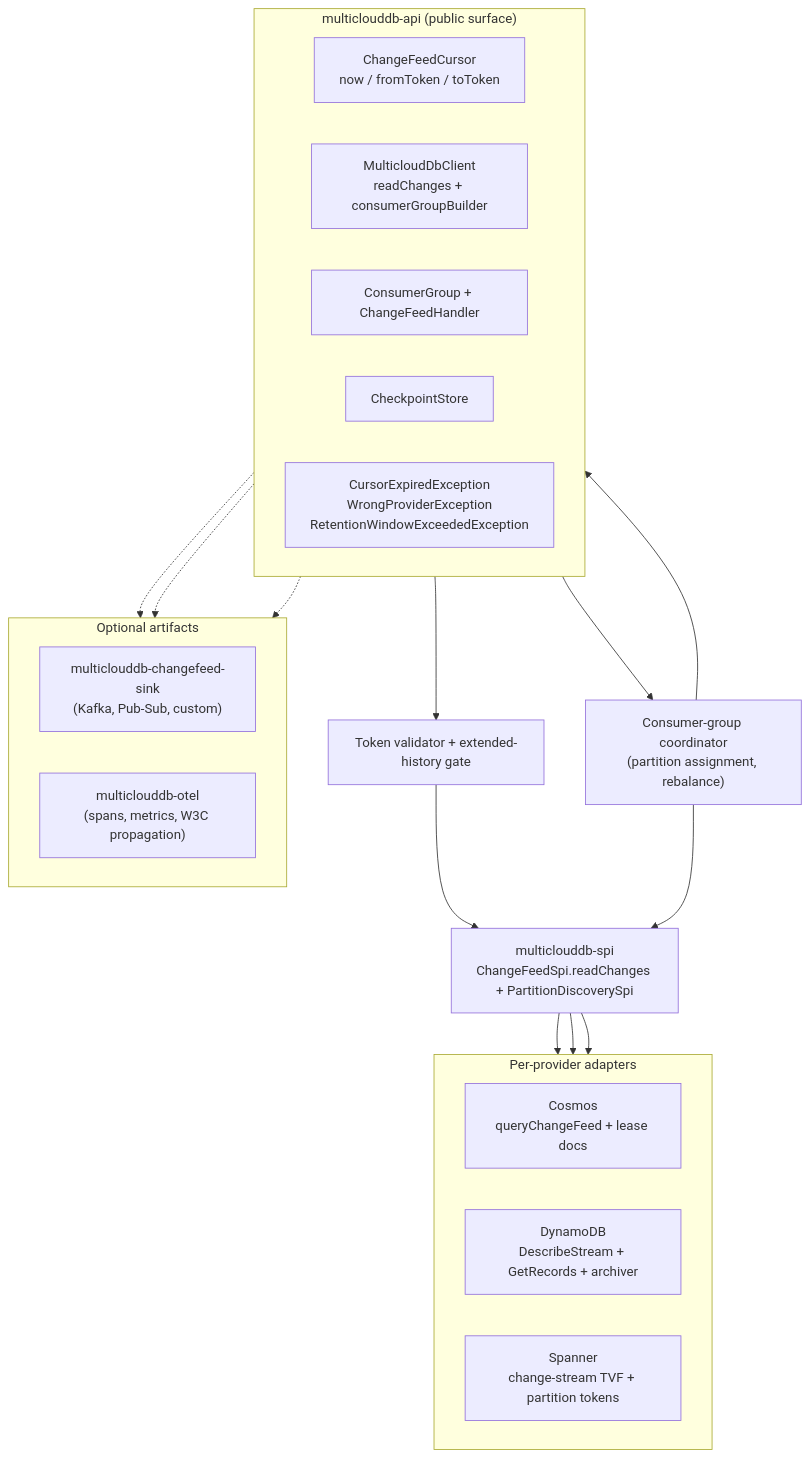
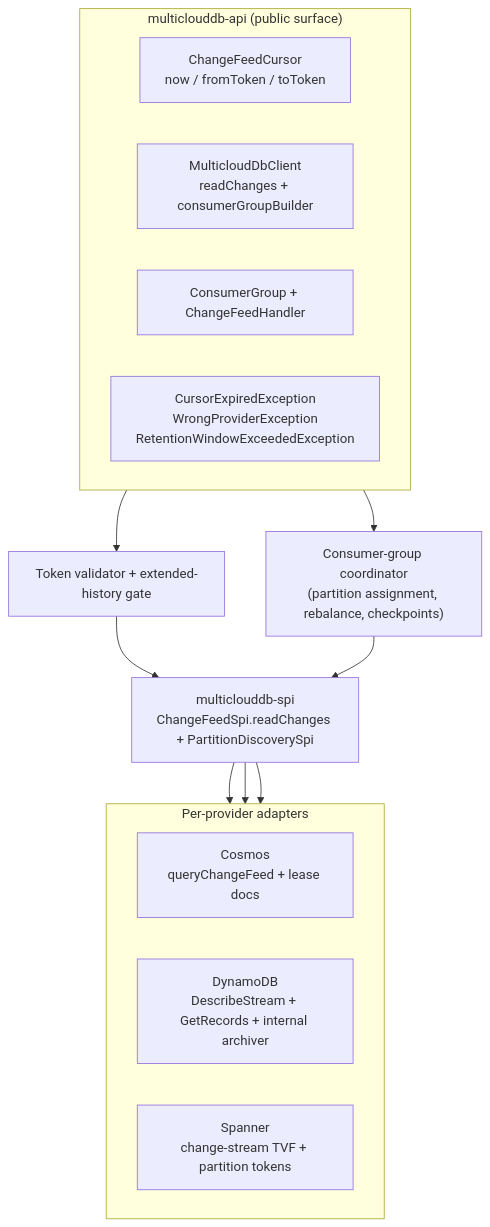
The first of 2 diagrams in docs/research/scalable-change-feed-api.md (allenkim0129/multiclouddb-sdk-for-java), drawn with Mermaid before and after one commit. The commit also changed other lines of this file, not shown here.

First line of the commit message:
docs(research): scope v1 to P0 only; defer sinks, OTel, external CheckpointStore to v1.x

````diff
--- a/docs/research/scalable-change-feed-api.md
+++ b/docs/research/scalable-change-feed-api.md
@@ -202,36 +210,26 @@
 ```mermaid
 flowchart TB
     subgraph PUB["multiclouddb-api (public surface)"]
         direction LR
         Cur["ChangeFeedCursor<br/>now / fromToken / toToken"]
         Cli["MulticloudDbClient<br/>readChanges + consumerGroupBuilder"]
         Grp["ConsumerGroup + ChangeFeedHandler"]
-        Chk["CheckpointStore"]
         Exn["CursorExpiredException<br/>WrongProviderException<br/>RetentionWindowExceededException"]
     end
     Val["Token validator + extended-history gate"]
-    Coord["Consumer-group coordinator<br/>(partition assignment, rebalance)"]
+    Coord["Consumer-group coordinator<br/>(partition assignment, rebalance, checkpoints)"]
     SPI["multiclouddb-spi<br/>ChangeFeedSpi.readChanges + PartitionDiscoverySpi"]
     subgraph IMPL["Per-provider adapters"]
         direction LR
         Cos["Cosmos<br/>queryChangeFeed + lease docs"]
-        Dyn["DynamoDB<br/>DescribeStream + GetRecords + archiver"]
+        Dyn["DynamoDB<br/>DescribeStream + GetRecords + internal archiver"]
         Spa["Spanner<br/>change-stream TVF + partition tokens"]
-    end
-    subgraph OPT["Optional artifacts"]
-        direction LR
-        Snk["multiclouddb-changefeed-sink<br/>(Kafka, Pub-Sub, custom)"]
-        Otel["multiclouddb-otel<br/>(spans, metrics, W3C propagation)"]
     end
     Cli --> Val
     Val --> SPI
     Grp --> Coord
     Coord --> SPI
-    Coord --> Chk
     SPI --> Cos
     SPI --> Dyn
     SPI --> Spa
-    Grp -.-> Snk
-    Cli -.-> Otel
-    Grp -.-> Otel
 ```
````
